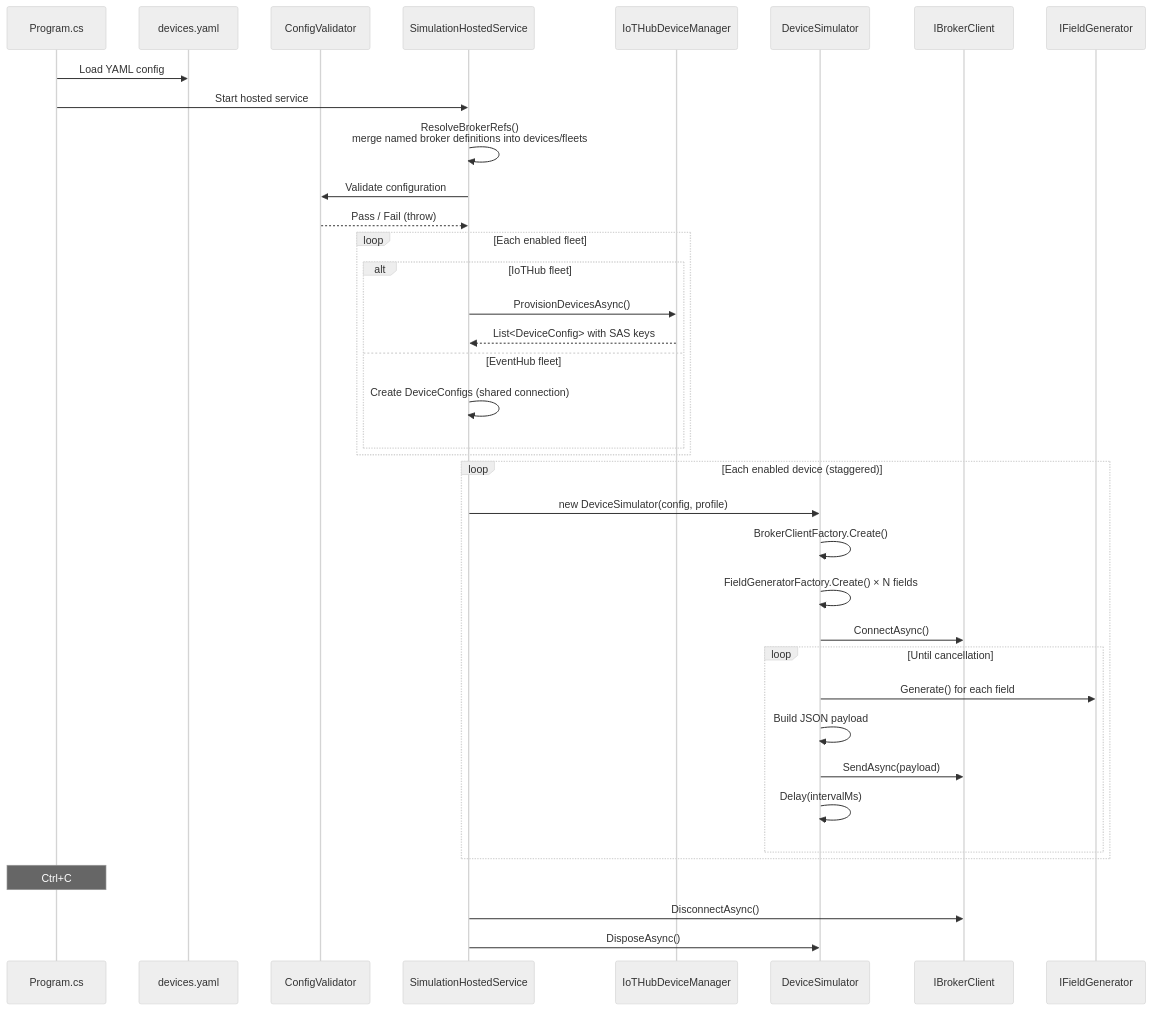
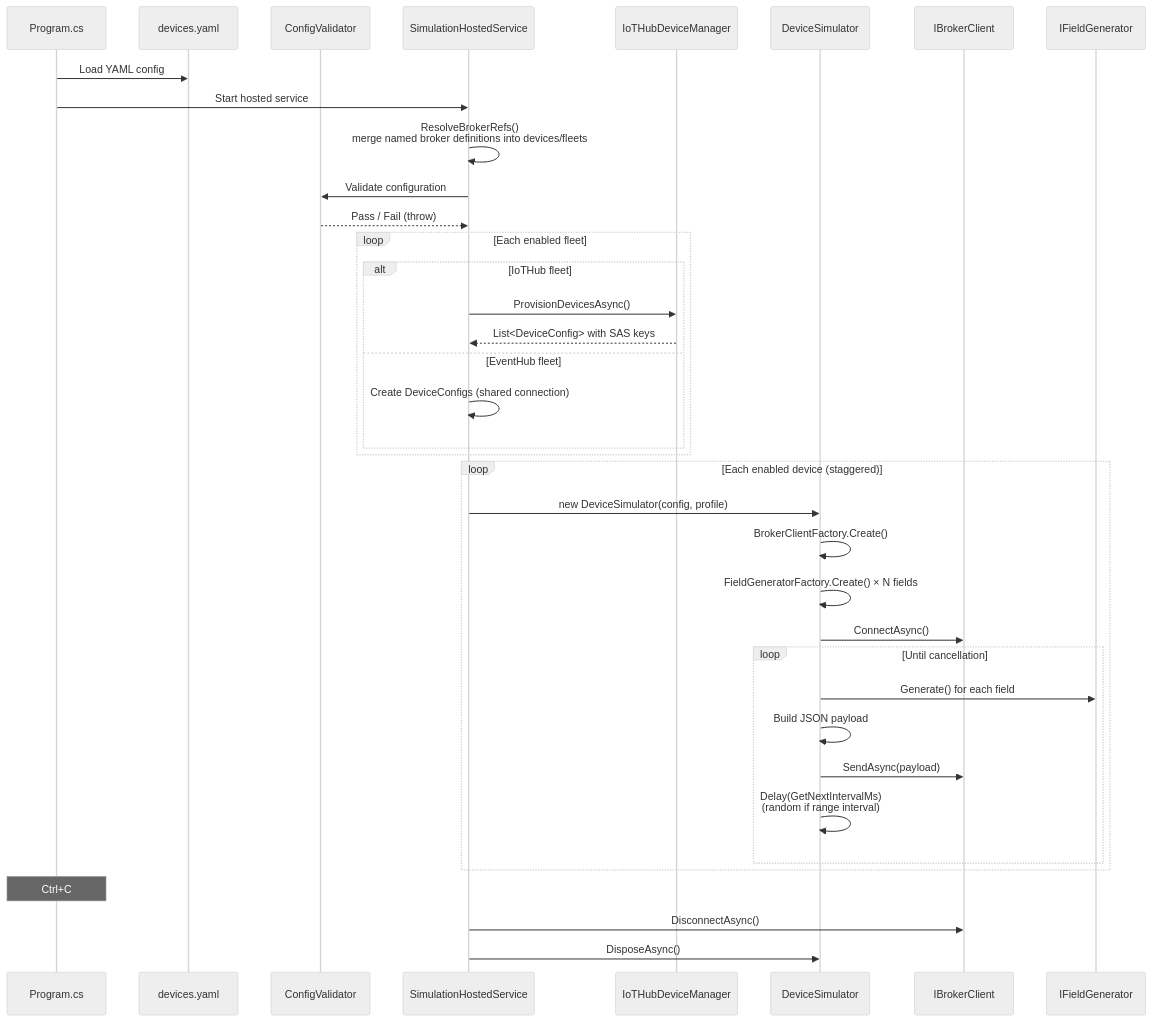
Before and after one commit to howardginsburg/MQTTSimulator: the second of 2 diagrams in ARCHITECTURE.md, drawn with Mermaid (neutral theme). The commit also changed other lines of this file and 12 other files, not shown here.

````diff
--- a/ARCHITECTURE.md
+++ b/ARCHITECTURE.md
@@ -112,43 +112,43 @@
 ```mermaid
 sequenceDiagram
     participant P as Program.cs
     participant Y as devices.yaml
     participant V as ConfigValidator
     participant S as SimulationHostedService
     participant DM as IoTHubDeviceManager
     participant DS as DeviceSimulator
     participant B as IBrokerClient
     participant G as IFieldGenerator
 
     P->>Y: Load YAML config
     P->>S: Start hosted service
     S->>S: ResolveBrokerRefs()<br/>merge named broker definitions into devices/fleets
     S->>V: Validate configuration
     V-->>S: Pass / Fail (throw)
 
     loop Each enabled fleet
         alt IoTHub fleet
             S->>DM: ProvisionDevicesAsync()
             DM-->>S: List<DeviceConfig> with SAS keys
         else EventHub fleet
             S->>S: Create DeviceConfigs (shared connection)
         end
     end
 
     loop Each enabled device (staggered)
         S->>DS: new DeviceSimulator(config, profile)
         DS->>DS: BrokerClientFactory.Create()
         DS->>DS: FieldGeneratorFactory.Create() × N fields
         DS->>B: ConnectAsync()
         loop Until cancellation
             DS->>G: Generate() for each field
             DS->>DS: Build JSON payload
             DS->>B: SendAsync(payload)
-            DS->>DS: Delay(intervalMs)
+            DS->>DS: Delay(GetNextIntervalMs)<br/>(random if range interval)
         end
     end
 
     Note over P: Ctrl+C
     S->>B: DisconnectAsync()
     S->>DS: DisposeAsync()
 ```
````
